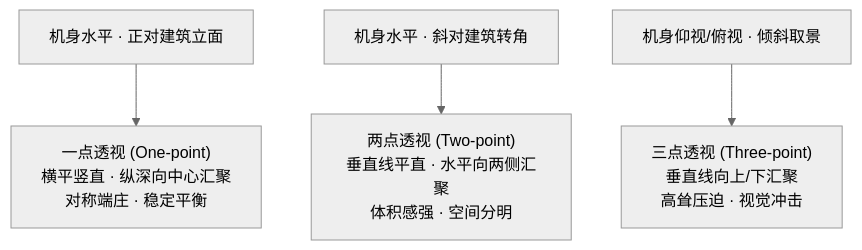
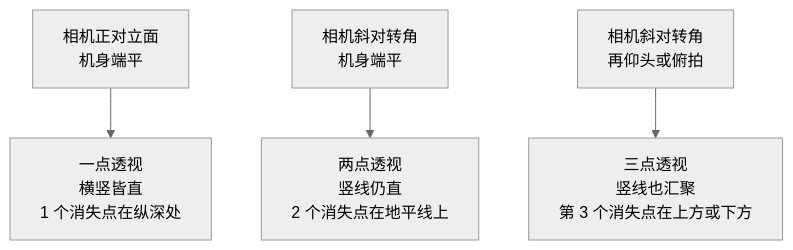
The diagram in docs/10-architecture.md (yingwang/photography-book), drawn with Mermaid (neutral theme) before and after one commit. The commit also changed other lines of this file and 18 other files, not shown here.

````diff
--- a/docs/10-architecture.md
+++ b/docs/10-architecture.md
@@ -61,6 +47,6 @@
 ```mermaid
 graph TD
-  A["机身水平 · 正对建筑立面"] --> A1["一点透视 (One-point)<br/>横平竖直 · 纵深向中心汇聚<br/>对称端庄 · 稳定平衡"]
-  B["机身水平 · 斜对建筑转角"] --> B1["两点透视 (Two-point)<br/>垂直线平直 · 水平向两侧汇聚<br/>体积感强 · 空间分明"]
-  C["机身仰视/俯视 · 倾斜取景"] --> C1["三点透视 (Three-point)<br/>垂直线向上/下汇聚<br/>高耸压迫 · 视觉冲击"]
+  A["相机正对立面<br/>机身端平"] --> A1["一点透视<br/>横竖皆直<br/>1 个消失点在纵深处"]
+  B["相机斜对转角<br/>机身端平"] --> B1["两点透视<br/>竖线仍直<br/>2 个消失点在地平线上"]
+  C["相机斜对转角<br/>再仰头或俯拍"] --> C1["三点透视<br/>竖线也汇聚<br/>第 3 个消失点在上方或下方"]
 ```
````
